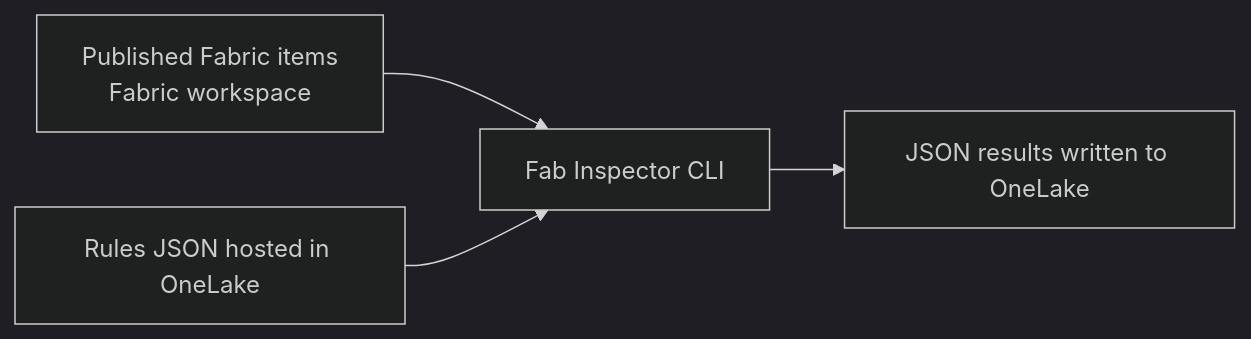
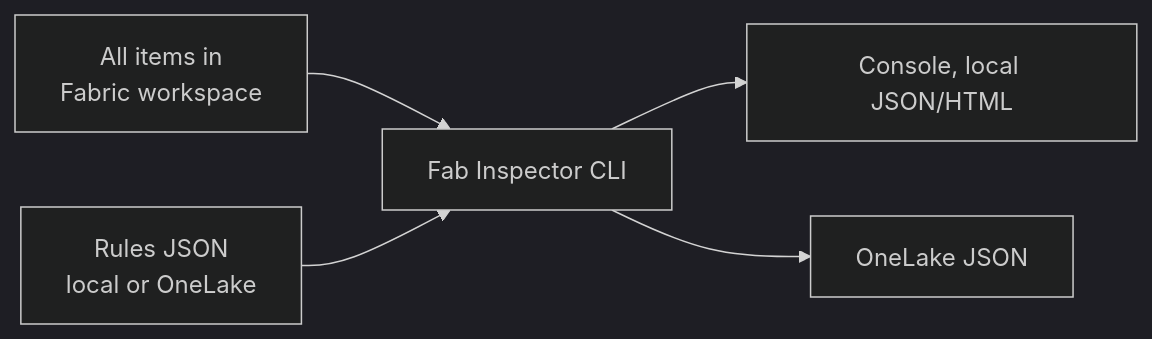
One commit to NatVanG/fab-inspector changed the third of 5 diagrams in README.md. Above: the diagram before and after it, drawn with Mermaid (dark theme). The commit also changed other lines of this file and 2 other files, not shown here.

````diff
--- a/README.md
+++ b/README.md
@@ -66,6 +75,7 @@
 ```mermaid
 flowchart LR
-    A[Published Fabric items\nFabric workspace] --> C[Fab Inspector CLI]
-    B[Rules JSON hosted in OneLake] --> C
-    C --> D[JSON results written to OneLake]
+    A[All items in\nFabric workspace] --> C[Fab Inspector CLI]
+    B[Rules JSON\nlocal or OneLake] --> C
+    C --> D[Console, local JSON/HTML]
+    C --> E[OneLake JSON]
 ```
````
